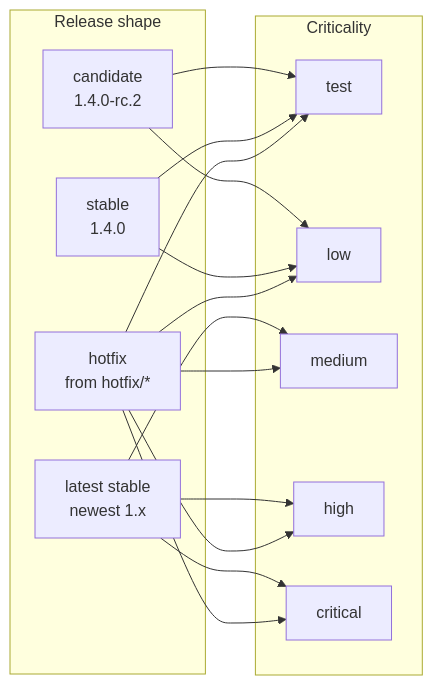
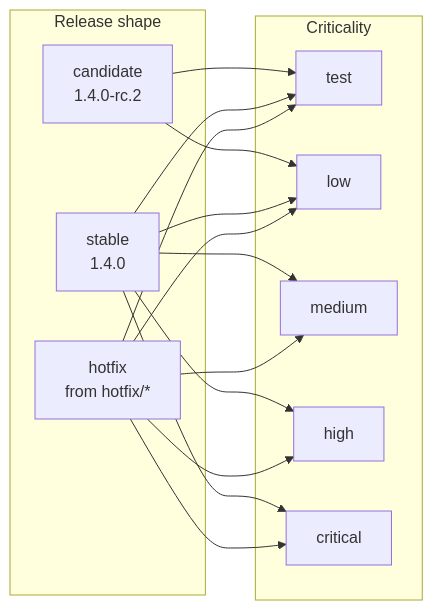
The second of 5 diagrams in docs/concept_scopes.md (actionplatform/action-platform), drawn with Mermaid before and after one commit. The commit also changed other lines of this file, not shown here.

Commit message:
docs(scopes): any stable release serves any scope — no latest rule

````diff
--- a/docs/concept_scopes.md
+++ b/docs/concept_scopes.md
@@ -63,23 +63,19 @@
 ```mermaid
 flowchart LR
     subgraph shapes[Release shape]
         C["candidate<br/>1.4.0-rc.2"]
         ST["stable<br/>1.4.0"]
-        L["latest stable<br/>newest 1.x"]
         H["hotfix<br/>from hotfix/*"]
     end
     subgraph levels[Criticality]
         T["test"]
         LO["low"]
         M["medium"]
         HI["high"]
         CR["critical"]
     end
     C --> T
     C --> LO
-    ST --> T & LO
-    L --> M
-    L --> HI
-    L --> CR
+    ST --> T & LO & M & HI & CR
     H --> T & LO & M & HI & CR
 ```
````
